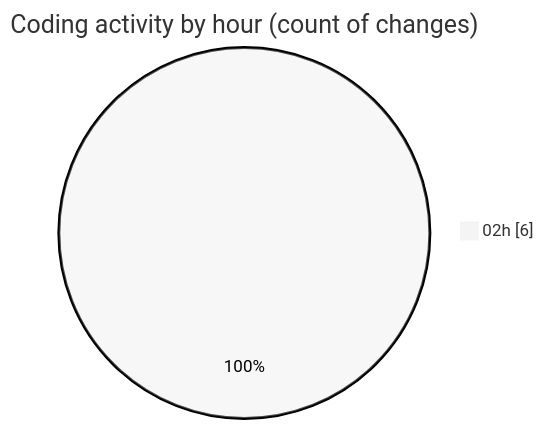
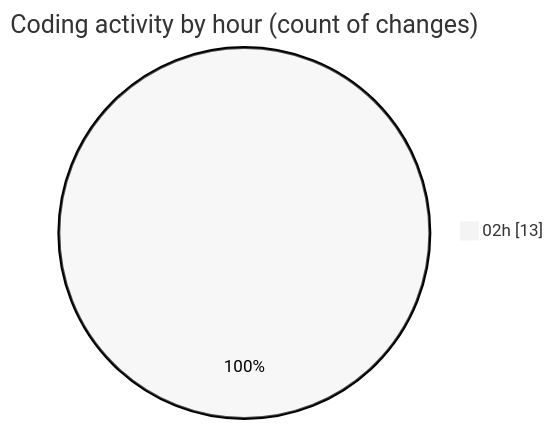
The second of 2 diagrams in 2025-10-15/eventscop-frontend-guide__workspace_/README.md (julien-gomy/code-tracking), drawn with Mermaid (neutral theme) before and after one commit. The commit also changed other lines of this file and 1 other file, not shown here.

````diff
--- a/2025-10-15/eventscop-frontend-guide__workspace_/README.md
+++ b/2025-10-15/eventscop-frontend-guide__workspace_/README.md
@@ -32,5 +33,5 @@
 ```mermaid
 pie showData
 title Coding activity by hour (count of changes)
-"02h" : 6
+"02h" : 13
 ```
````
